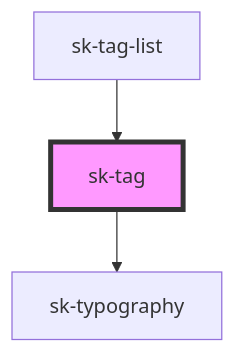
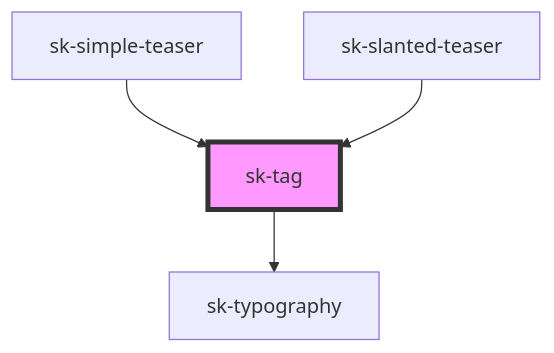
One commit to simonknittel/components changed the diagram in stencil/src/components/tag/readme.md. Above: the diagram before and after it, drawn with Mermaid. The commit also changed other lines of this file and 17 other files, not shown here.

Commit message:
Round corners for teasers; BREAKING: Replace items attribte of sk-tag-list with slot; Add new font size

````diff
--- a/stencil/src/components/tag/readme.md
+++ b/stencil/src/components/tag/readme.md
@@ -26,6 +27,7 @@
 ```mermaid
 graph TD;
   sk-tag --> sk-typography
-  sk-tag-list --> sk-tag
+  sk-simple-teaser --> sk-tag
+  sk-slanted-teaser --> sk-tag
   style sk-tag fill:#f9f,stroke:#333,stroke-width:4px
 ```
````
